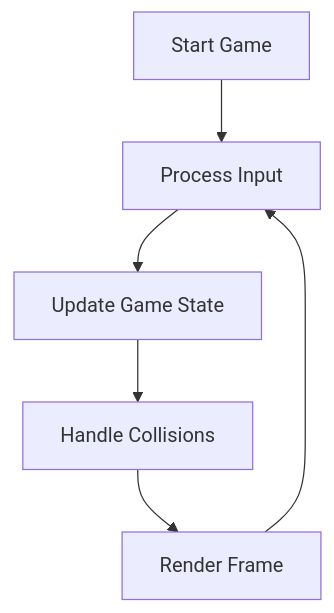
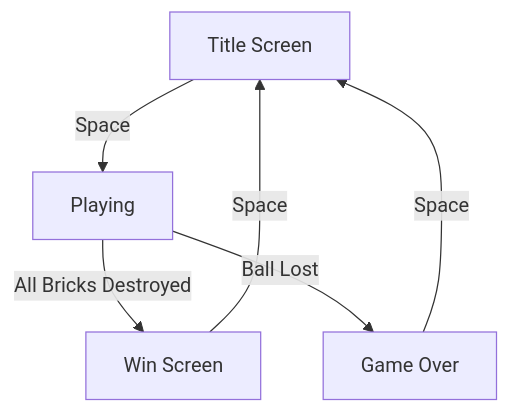
One commit to Prince-Patel84/asm_c_cpp changed the diagram in cpp/README.md. Above: the diagram before and after it, drawn with Mermaid. The commit also changed other lines of this file, not shown here.

Commit message:
Ball speed increases as we break bricks

````diff
--- a/cpp/README.md
+++ b/cpp/README.md
@@ -33,8 +71,8 @@
 ```mermaid
 graph TD
-    A[Start Game] --> B[Process Input]
-    B --> C[Update Game State]
-    C --> D[Handle Collisions]
-    D --> E[Render Frame]
-    E --> B
+    A[Title Screen] -->|Space| B[Playing]
+    B -->|All Bricks Destroyed| C[Win Screen]
+    B -->|Ball Lost| D[Game Over]
+    C -->|Space| A
+    D -->|Space| A
 ```
````
